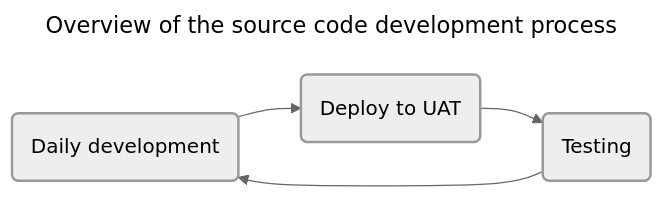
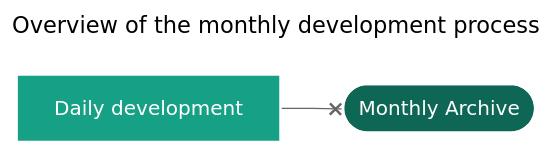
One commit to spectrum-health-systems/tingen-documentation changed the third of 3 diagrams in Development/Development-processes.md. Above: the diagram before and after it, drawn with Mermaid (neutral theme). The commit also changed other lines of this file and 4 other files, not shown here.

````diff
--- a/Development/Development-processes.md
+++ b/Development/Development-processes.md
@@ -47,12 +115,14 @@
 ```mermaid
 ---
-title: Overview of the source code development process
+title: Overview of the monthly development process
 ---
 flowchart LR
-  DailyDevelopment("Daily development") --> DeployToUat("Deploy to UAT")
-  DeployToUat --> Testing("Testing") 
-  Testing --> DailyDevelopment
-
-  classDef allNodes stroke-width:2px;
-  class DailyDevelopment,DeployToUat,Testing allNodes;
+  %% Components
+  DailyDevelopment@{shape: rect, label: "Daily development"}
+  MonthlyArchive@{shape: stadium, label: "Monthly Archive"}
+  %% Layout
+  DailyDevelopment --x MonthlyArchive
+  %% Styles
+  style DailyDevelopment color:#FFF,fill:#16a085,stroke:#FFF,stroke-width:2px
+  style MonthlyArchive color:#FFF,fill:#0e6655,stroke:#FFF,stroke-width:2px
 ```
````
